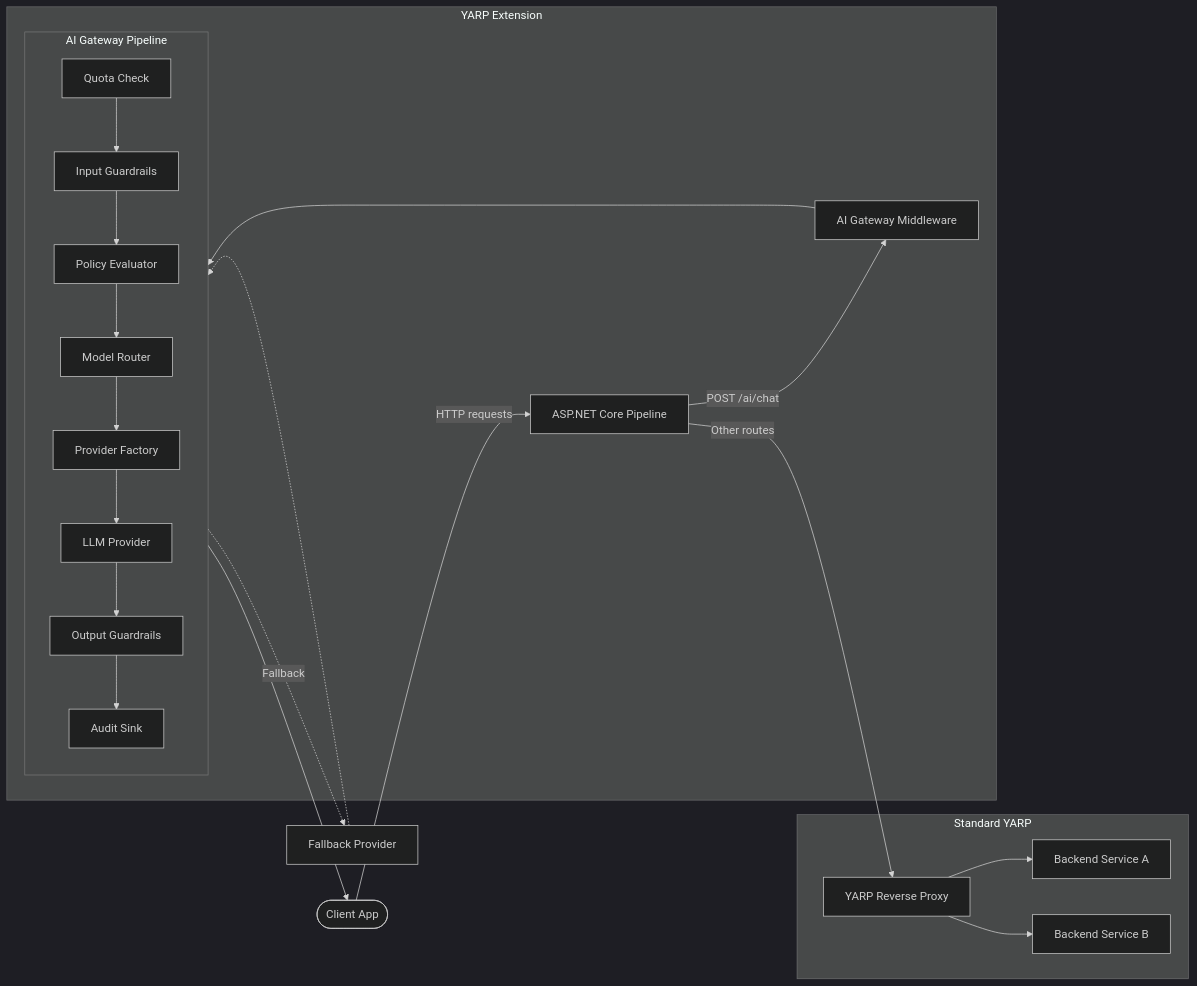
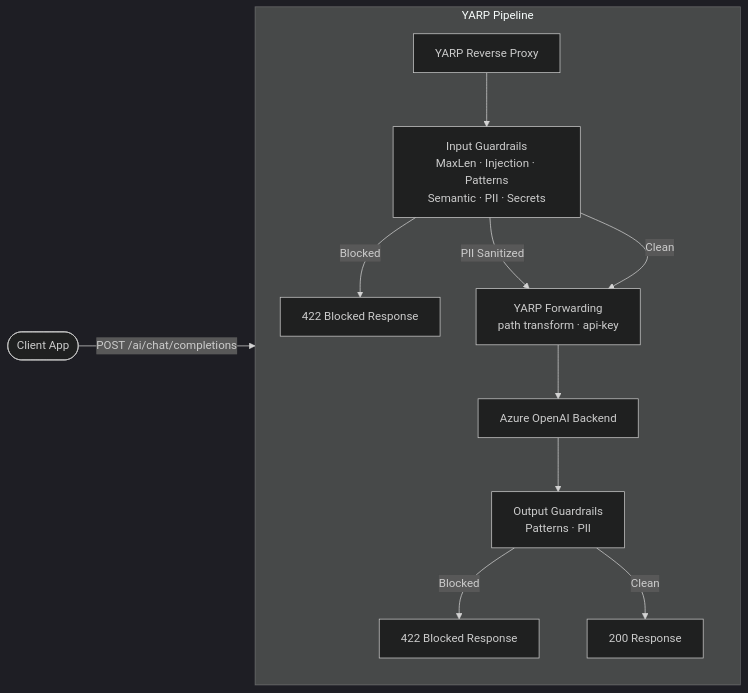
One commit to jmfloreszazo/yarp_aigateway changed the second of 8 diagrams in README.md. Above: the diagram before and after it, drawn with Mermaid (dark theme). The commit also changed other lines of this file and 5 other files, not shown here.

First line of the commit message:
Enhance YARP integration with AI Gateway guardrails

````diff
--- a/README.md
+++ b/README.md
@@ -108,31 +125,16 @@
 ```mermaid
 graph LR
-    Client([Client App]) -->|HTTP requests| ASP[ASP.NET Core Pipeline]
+    Client([Client App]) -->|POST /ai/chat/completions| YARP[YARP Reverse Proxy]
 
-    subgraph YARP Extension
-        ASP -->|POST /ai/chat| AIGW[AI Gateway Middleware]
-        AIGW --> Pipeline
+    subgraph YARP Pipeline
+        direction TB
+        YARP --> IG[Input Guardrails<br/>MaxLen · Injection · Patterns<br/>Semantic · PII · Secrets]
+        IG -->|Blocked| R422[422 Blocked Response]
+        IG -->|PII Sanitized| FWD[YARP Forwarding<br/>path transform · api-key]
+        IG -->|Clean| FWD
+        FWD --> Backend[Azure OpenAI Backend]
+        Backend --> OG[Output Guardrails<br/>Patterns · PII]
+        OG -->|Blocked| R422B[422 Blocked Response]
+        OG -->|Clean| RES[200 Response]
     end
-
-    subgraph Standard YARP
-        ASP -->|Other routes| RP[YARP Reverse Proxy]
-        RP --> BE1[Backend Service A]
-        RP --> BE2[Backend Service B]
-    end
-
-    subgraph Pipeline[AI Gateway Pipeline]
-        direction TB
-        Q[Quota Check] --> IG[Input Guardrails]
-        IG --> PE[Policy Evaluator]
-        PE --> MR[Model Router]
-        MR --> PF[Provider Factory]
-        PF --> LLM[LLM Provider]
-        LLM --> OG[Output Guardrails]
-        OG --> AU[Audit Sink]
-    end
-
-    Pipeline --> Client
-
-    LLM -.->|Fallback| FB[Fallback Provider]
-    FB -.-> OG
 ```
````
